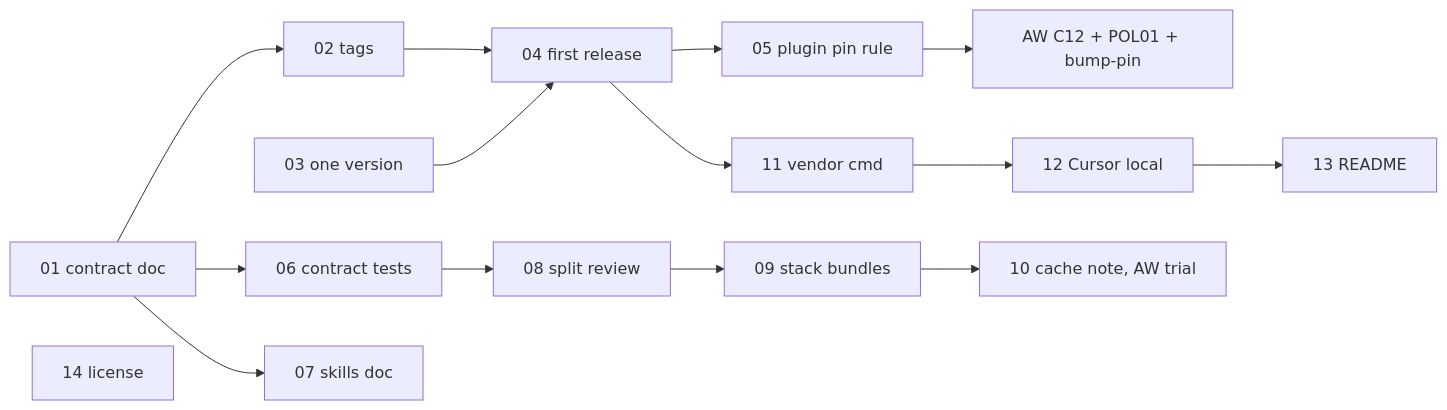
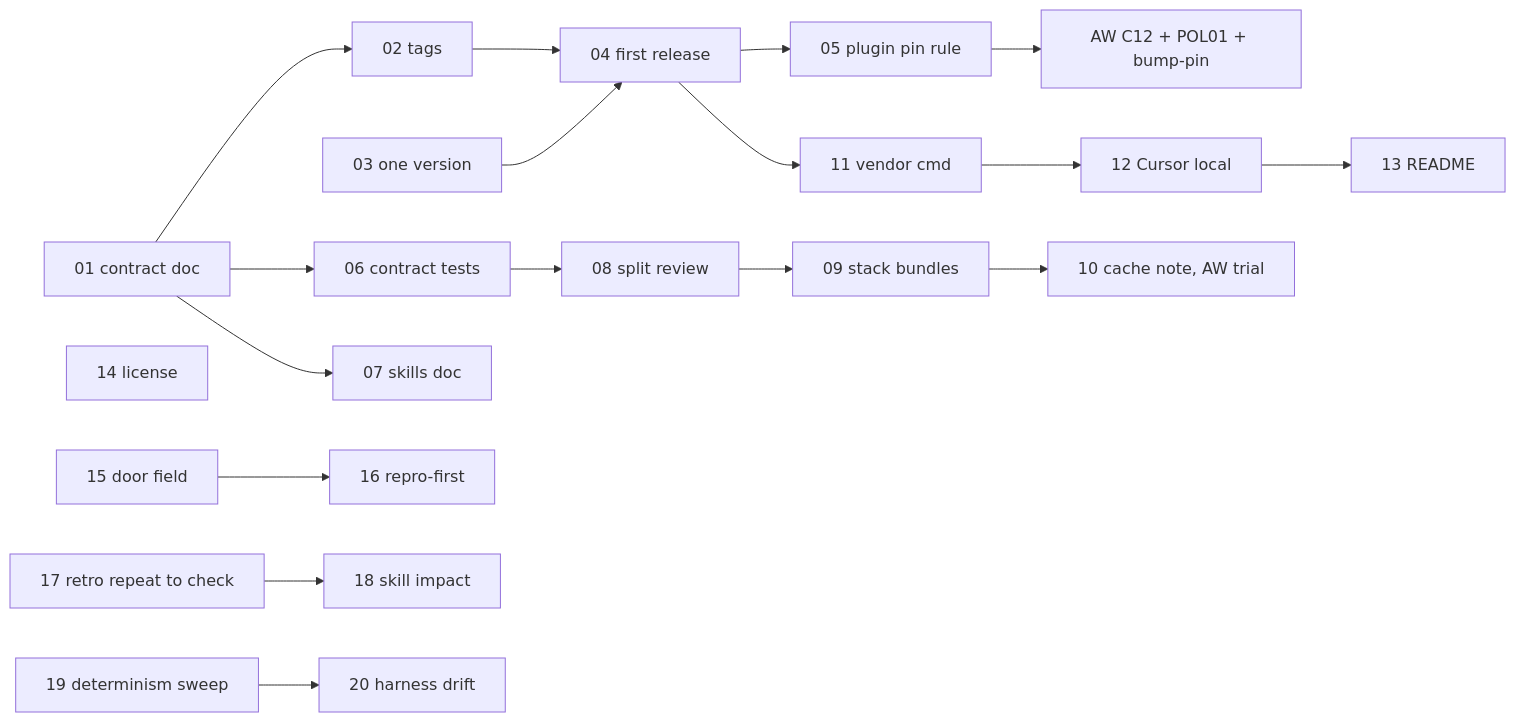
Before and after one commit to svennijhuis/agentPacks: the second of 2 diagrams in docs/pbi/README.md, drawn with Mermaid. The commit also changed other lines of this file and 20 other files, not shown here.

````diff
--- a/docs/pbi/README.md
+++ b/docs/pbi/README.md
@@ -80,11 +101,14 @@
 ```mermaid
 flowchart LR
   P01[01 contract doc] --> P02[02 tags] --> P04[04 first release]
   P03[03 one version] --> P04
   P04 --> P05[05 plugin pin rule] --> AW[AW C12 + POL01 + bump-pin]
   P01 --> P06[06 contract tests] --> P08[08 split review] --> P09[09 stack bundles]
   P01 --> P07[07 skills doc]
   P09 --> P10[10 cache note, AW trial]
   P04 --> P11[11 vendor cmd] --> P12[12 Cursor local] --> P13[13 README]
   P14[14 license]
+  P15[15 door field] --> P16[16 repro-first]
+  P17[17 retro repeat to check] --> P18[18 skill impact]
+  P19[19 determinism sweep] --> P20[20 harness drift]
 ```
````
